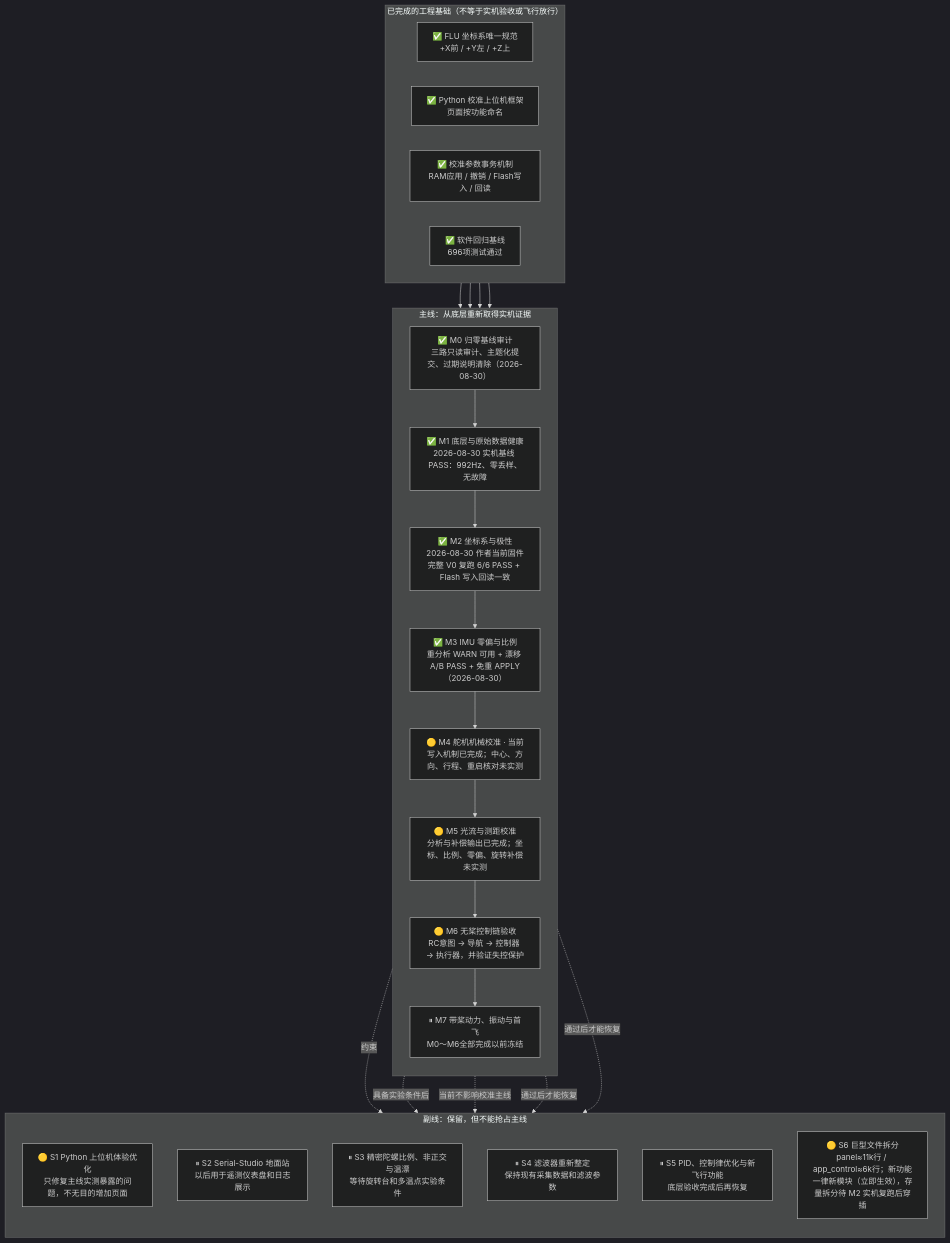
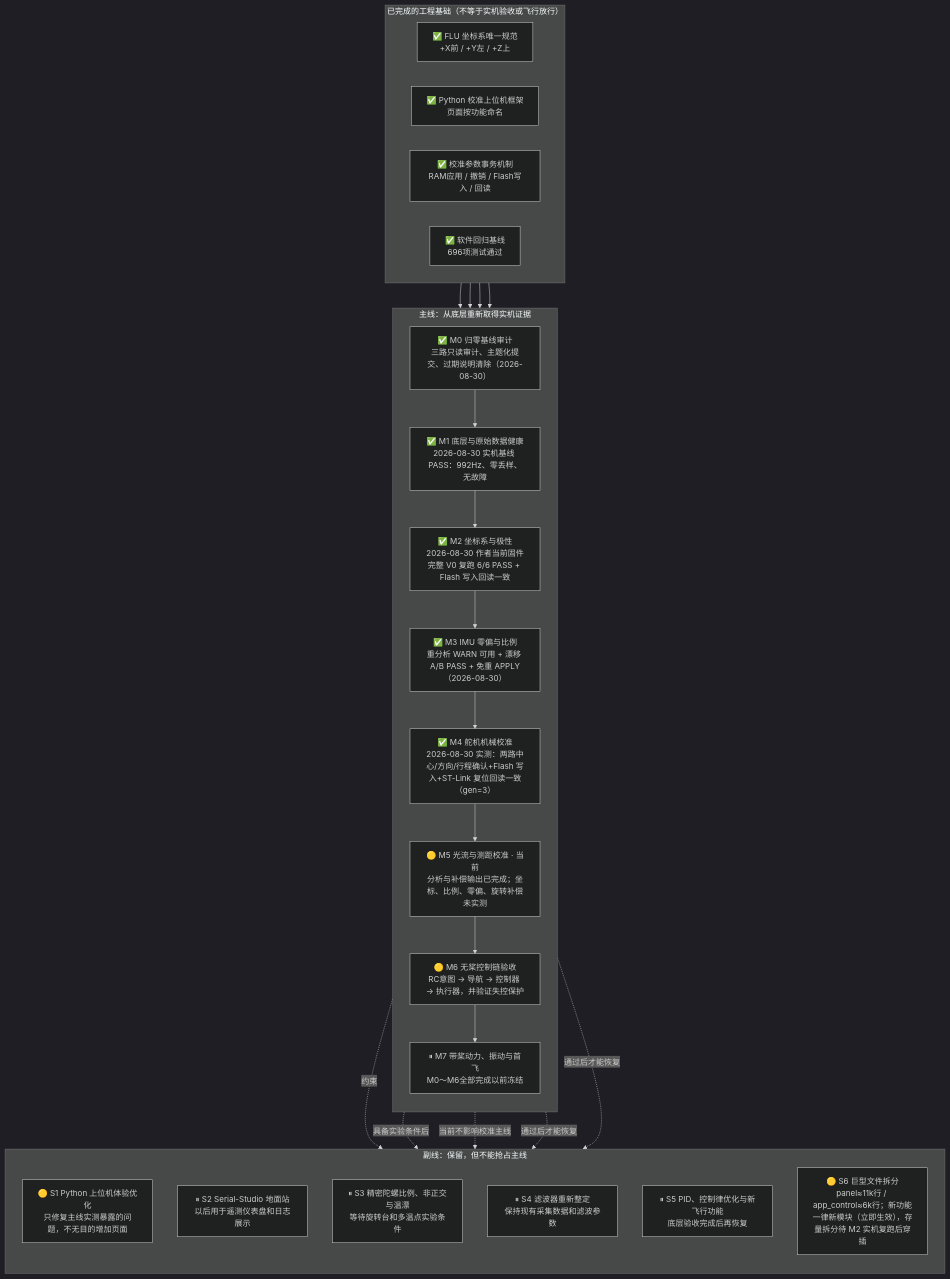
One commit to ThroneTLE/drone-H743 changed the diagram in PIPELINE.md. Above: the diagram before and after it, drawn with Mermaid (dark theme). The commit also changed other lines of this file and 2 other files, not shown here.

````diff
--- a/PIPELINE.md
+++ b/PIPELINE.md
@@ -16,44 +16,44 @@
 ```mermaid
 flowchart TB
     subgraph BASE["已完成的工程基础（不等于实机验收或飞行放行）"]
         direction LR
         B1["✅ FLU 坐标系唯一规范<br/>+X前 / +Y左 / +Z上"]
         B2["✅ Python 校准上位机框架<br/>页面按功能命名"]
         B3["✅ 校准参数事务机制<br/>RAM应用 / 撤销 / Flash写入 / 回读"]
         B4["✅ 软件回归基线<br/>696项测试通过"]
     end
 
     subgraph MAIN["主线：从底层重新取得实机证据"]
         direction TB
         M0["✅ M0 归零基线审计<br/>三路只读审计、主题化提交、过期说明清除（2026-08-30）"]
         M1["✅ M1 底层与原始数据健康<br/>2026-08-30 实机基线 PASS：992Hz、零丢样、无故障"]
         M2["✅ M2 坐标系与极性<br/>2026-08-30 作者当前固件完整 V0 复跑 6/6 PASS + Flash 写入回读一致"]
         M3["✅ M3 IMU 零偏与比例<br/>重分析 WARN 可用 + 漂移 A/B PASS + 免重 APPLY（2026-08-30）"]
-        M4["🟡 M4 舵机机械校准 · 当前<br/>写入机制已完成；中心、方向、行程、重启核对未实测"]
-        M5["🟡 M5 光流与测距校准<br/>分析与补偿输出已完成；坐标、比例、零偏、旋转补偿未实测"]
+        M4["✅ M4 舵机机械校准<br/>2026-08-30 实测：两路中心/方向/行程确认+Flash 写入+ST-Link 复位回读一致（gen=3）"]
+        M5["🟡 M5 光流与测距校准 · 当前<br/>分析与补偿输出已完成；坐标、比例、零偏、旋转补偿未实测"]
         M6["🟡 M6 无桨控制链验收<br/>RC意图 → 导航 → 控制器 → 执行器，并验证失控保护"]
         M7["⏸ M7 带桨动力、振动与首飞<br/>M0～M6全部完成以前冻结"]
         M0 --> M1 --> M2 --> M3 --> M4 --> M5 --> M6 --> M7
     end
 
     B1 --> M0
     B2 --> M0
     B3 --> M0
     B4 --> M0
 
     subgraph SIDE["副线：保留，但不能抢占主线"]
         direction TB
         S1["🟡 S1 Python 上位机体验优化<br/>只修复主线实测暴露的问题，不无目的增加页面"]
         S2["⏸ S2 Serial-Studio 地面站<br/>以后用于遥测仪表盘和日志展示"]
         S3["⏸ S3 精密陀螺比例、非正交与温漂<br/>等待旋转台和多温点实验条件"]
         S4["⏸ S4 滤波器重新整定<br/>保持现有采集数据和滤波参数"]
         S5["⏸ S5 PID、控制律优化与新飞行功能<br/>底层验收完成后再恢复"]
         S6["🟡 S6 巨型文件拆分<br/>panel≈11k行 / app_control≈6k行；新功能一律新模块（立即生效），存量拆分待 M2 实机复跑后穿插"]
     end
 
     M0 -.约束.-> S1
     M1 -.具备实验条件后.-> S3
     M5 -.当前不影响校准主线.-> S2
     M6 -.通过后才能恢复.-> S4
     M6 -.通过后才能恢复.-> S5
 ```
````
